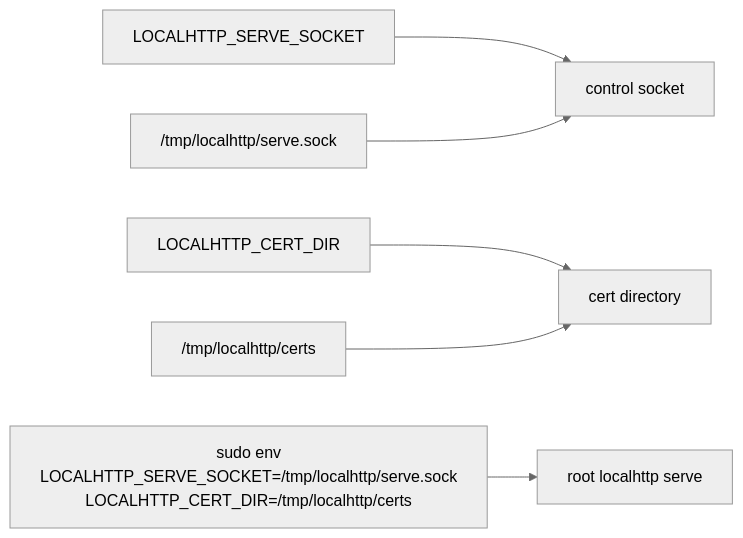
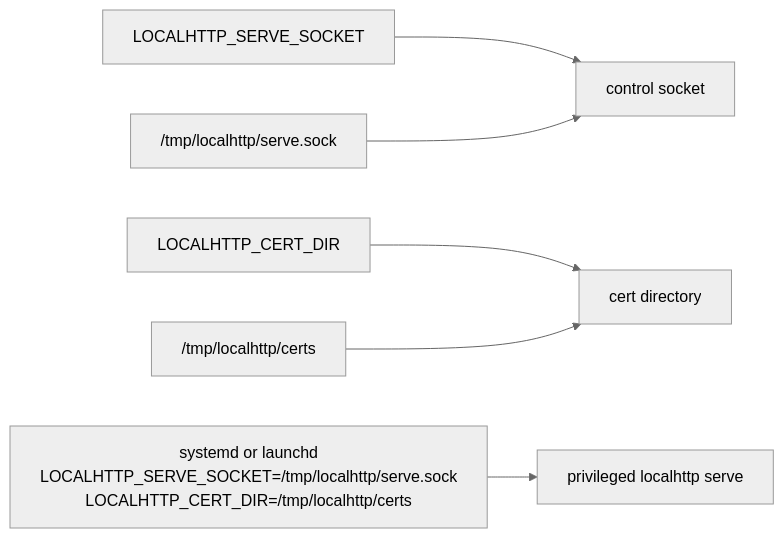
One commit to whazor/localhttp changed the fourth of 4 diagrams in ARCHITECTURE.md. Above: the diagram before and after it, drawn with Mermaid (neutral theme). The commit also changed other lines of this file and 9 other files, not shown here.

````diff
--- a/ARCHITECTURE.md
+++ b/ARCHITECTURE.md
@@ -135,10 +135,10 @@
 ```mermaid
 flowchart LR
     SocketEnv["LOCALHTTP_SERVE_SOCKET"] --> SocketPath["control socket"]
     TmpSocket["/tmp/localhttp/serve.sock"] --> SocketPath
 
     CertEnv["LOCALHTTP_CERT_DIR"] --> CertPath["cert directory"]
     TmpCerts["/tmp/localhttp/certs"] --> CertPath
 
-    ServeEnv["sudo env<br/>LOCALHTTP_SERVE_SOCKET=/tmp/localhttp/serve.sock<br/>LOCALHTTP_CERT_DIR=/tmp/localhttp/certs"] --> RootServe["root localhttp serve"]
+    ServeEnv["systemd or launchd<br/>LOCALHTTP_SERVE_SOCKET=/tmp/localhttp/serve.sock<br/>LOCALHTTP_CERT_DIR=/tmp/localhttp/certs"] --> RootServe["privileged localhttp serve"]
 ```
````
